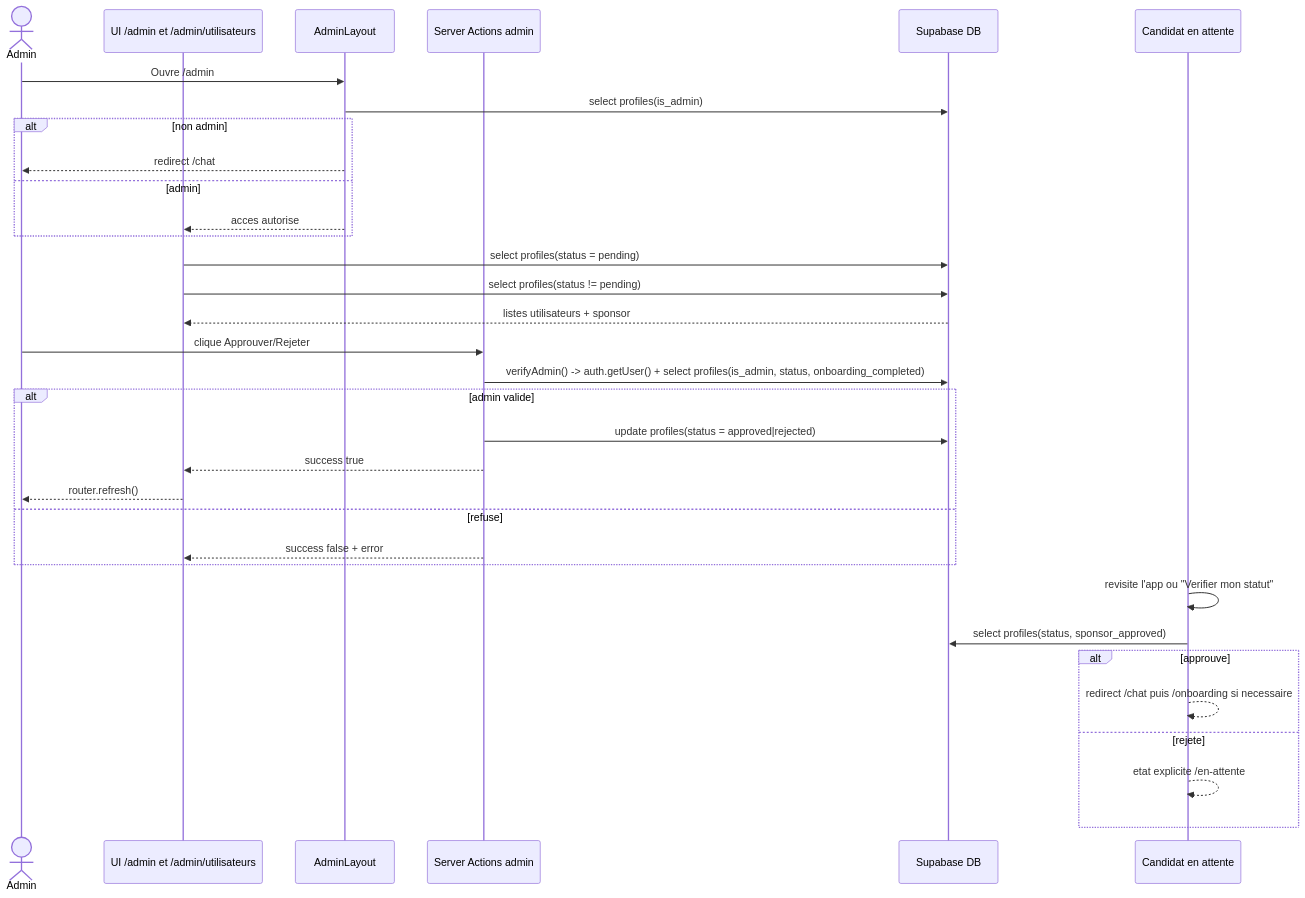
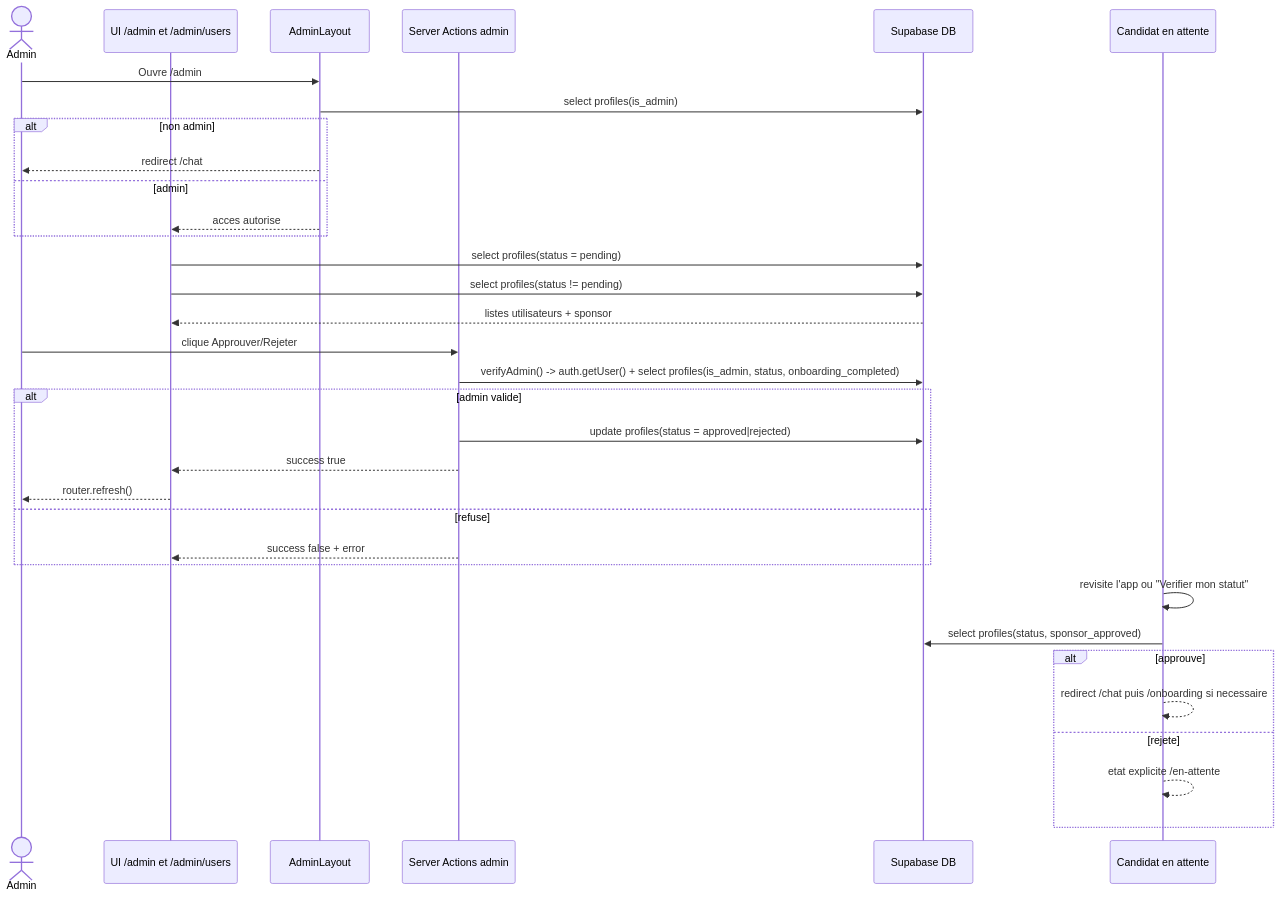
Before and after one commit to Marche-Libre/webapp-nextjs: the sixth of 7 diagrams in doc/migration/current-architecture-mermaid.md, drawn with Mermaid. The commit also changed 17 other files, not shown here.

Commit message:
Add admin shell and users route

````diff
--- a/doc/migration/current-architecture-mermaid.md
+++ b/doc/migration/current-architecture-mermaid.md
@@ -251,40 +251,40 @@
 ```mermaid
 sequenceDiagram
     actor Admin
-    participant AdminRoute as UI /admin et /admin/utilisateurs
+    participant AdminRoute as UI /admin et /admin/users
     participant Layout as AdminLayout
     participant Actions as Server Actions admin
     participant DB as Supabase DB
     participant Candidate as Candidat en attente
 
     Admin->>Layout: Ouvre /admin
     Layout->>DB: select profiles(is_admin)
     alt non admin
         Layout-->>Admin: redirect /chat
     else admin
         Layout-->>AdminRoute: acces autorise
     end
 
     AdminRoute->>DB: select profiles(status = pending)
     AdminRoute->>DB: select profiles(status != pending)
     DB-->>AdminRoute: listes utilisateurs + sponsor
 
     Admin->>Actions: clique Approuver/Rejeter
     Actions->>DB: verifyAdmin() -> auth.getUser() + select profiles(is_admin, status, onboarding_completed)
 
     alt admin valide
         Actions->>DB: update profiles(status = approved|rejected)
         Actions-->>AdminRoute: success true
         AdminRoute-->>Admin: router.refresh()
     else refuse
         Actions-->>AdminRoute: success false + error
     end
 
     Candidate->>Candidate: revisite l'app ou "Verifier mon statut"
     Candidate->>DB: select profiles(status, sponsor_approved)
     alt approuve
         Candidate-->>Candidate: redirect /chat puis /onboarding si necessaire
     else rejete
         Candidate-->>Candidate: etat explicite /en-attente
     end
 ```
````
